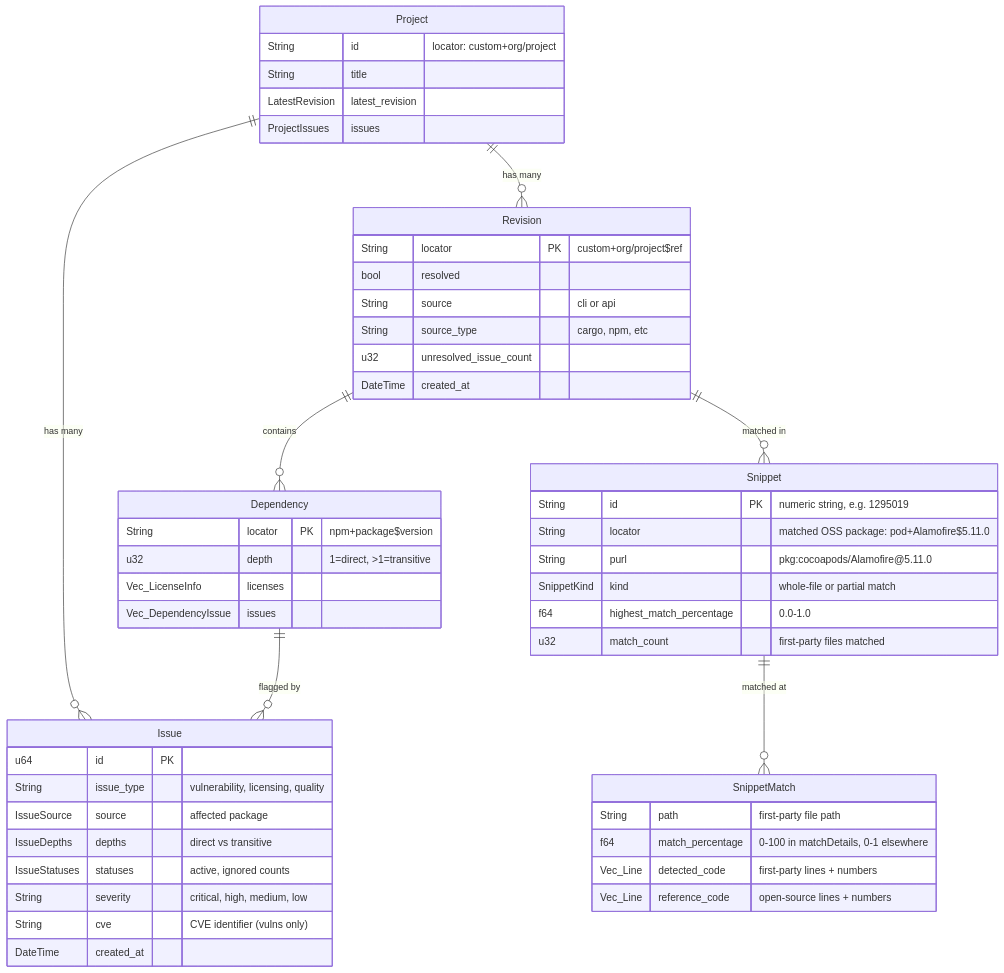
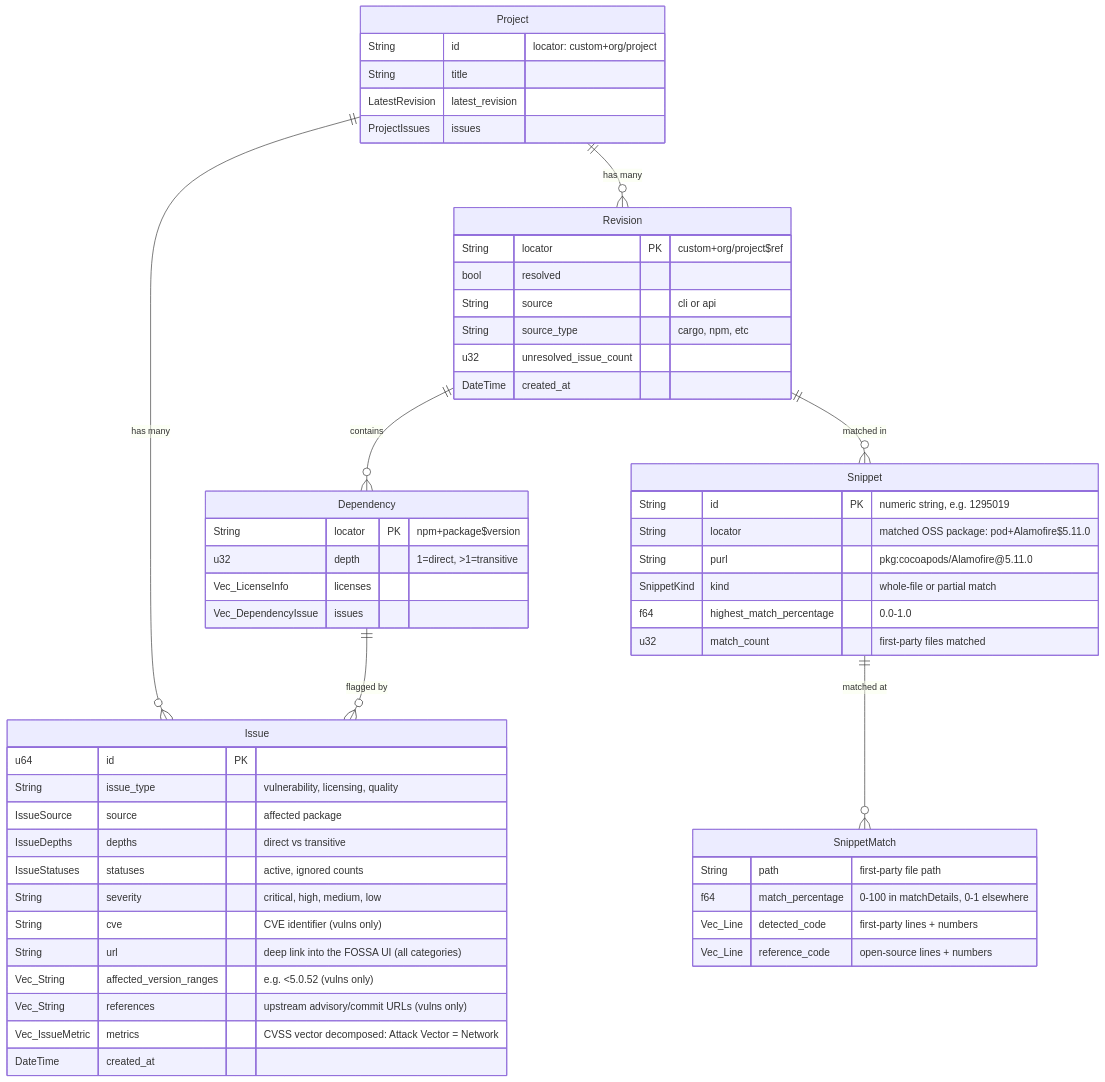
The diagram in CLAUDE.md (fossas/fossapi), drawn with Mermaid before and after one commit. The commit also changed other lines of this file and 5 other files, not shown here.

````diff
--- a/CLAUDE.md
+++ b/CLAUDE.md
@@ -36,59 +36,63 @@
 ```mermaid
 erDiagram
     Project ||--o{ Revision : "has many"
     Project ||--o{ Issue : "has many"
     Revision ||--o{ Dependency : "contains"
     Revision ||--o{ Snippet : "matched in"
     Dependency ||--o{ Issue : "flagged by"
     Snippet ||--o{ SnippetMatch : "matched at"
 
     Project {
         String id "locator: custom+org/project"
         String title
         LatestRevision latest_revision
         ProjectIssues issues
     }
 
     Revision {
         String locator PK "custom+org/project$ref"
         bool resolved
         String source "cli or api"
         String source_type "cargo, npm, etc"
         u32 unresolved_issue_count
         DateTime created_at
     }
 
     Dependency {
         String locator PK "npm+package$version"
         u32 depth "1=direct, >1=transitive"
         Vec_LicenseInfo licenses
         Vec_DependencyIssue issues
     }
 
     Issue {
         u64 id PK
         String issue_type "vulnerability, licensing, quality"
         IssueSource source "affected package"
         IssueDepths depths "direct vs transitive"
         IssueStatuses statuses "active, ignored counts"
         String severity "critical, high, medium, low"
         String cve "CVE identifier (vulns only)"
+        String url "deep link into the FOSSA UI (all categories)"
+        Vec_String affected_version_ranges "e.g. <5.0.52 (vulns only)"
+        Vec_String references "upstream advisory/commit URLs (vulns only)"
+        Vec_IssueMetric metrics "CVSS vector decomposed: Attack Vector = Network"
         DateTime created_at
     }
 
     Snippet {
         String id PK "numeric string, e.g. 1295019"
         String locator "matched OSS package: pod+Alamofire$5.11.0"
         String purl "pkg:cocoapods/Alamofire@5.11.0"
         SnippetKind kind "whole-file or partial match"
         f64 highest_match_percentage "0.0-1.0"
         u32 match_count "first-party files matched"
     }
 
     SnippetMatch {
         String path "first-party file path"
         f64 match_percentage "0-100 in matchDetails, 0-1 elsewhere"
         Vec_Line detected_code "first-party lines + numbers"
         Vec_Line reference_code "open-source lines + numbers"
     }
 ```
````
